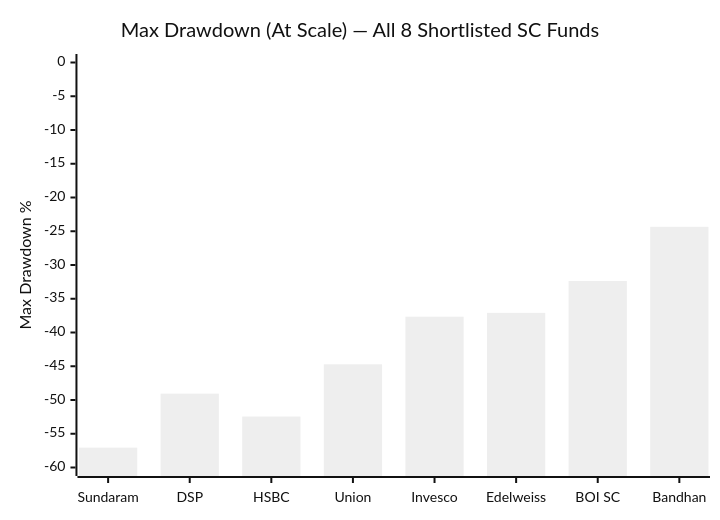
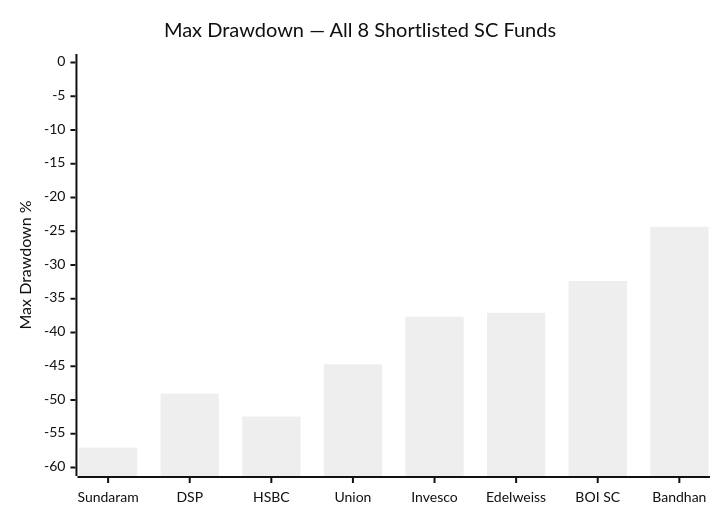
One commit to mayankutkarsh334/Investment changed the eighth of 18 diagrams in Mutual Fund/SmallCap/funds/bandhan/module1_returns.md. Above: the diagram before and after it, drawn with Mermaid (neutral theme). The commit also changed other lines of this file and 7 other files, not shown here.

````diff
--- a/Mutual Fund/SmallCap/funds/bandhan/module1_returns.md
+++ b/Mutual Fund/SmallCap/funds/bandhan/module1_returns.md
@@ -381,7 +381,7 @@
 ```mermaid
 xychart-beta
-    title "Max Drawdown (At Scale) — All 8 Shortlisted SC Funds"
+    title "Max Drawdown — All 8 Shortlisted SC Funds"
     x-axis ["Sundaram", "DSP", "HSBC", "Union", "Invesco", "Edelweiss", "BOI SC", "Bandhan"]
     y-axis "Max Drawdown %" -60 --> 0
     bar [-57.06, -49.06, -52.45, -44.71, -37.66, -37.09, -32.37, -24.34]
 ```
````
